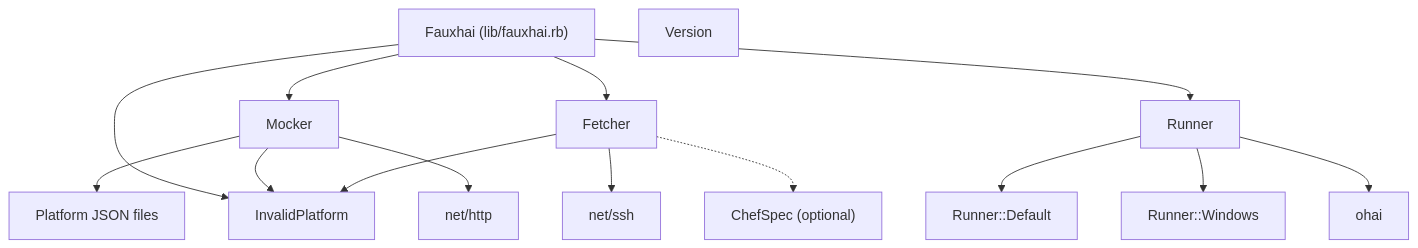
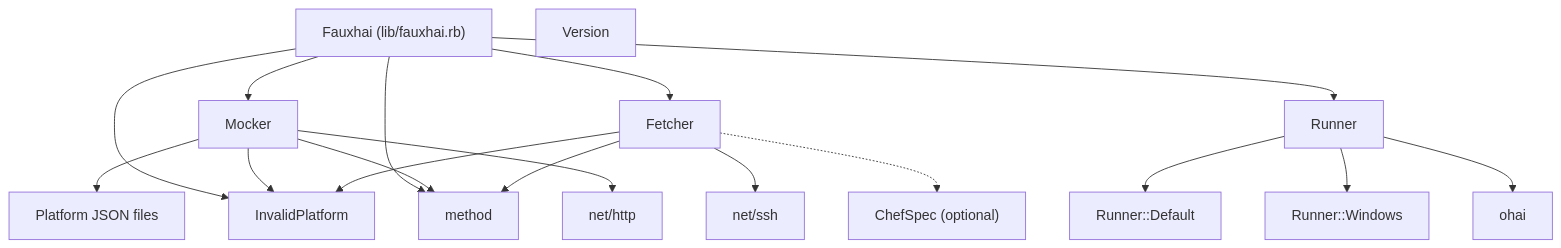
Before and after one commit to chef/fauxhai: the first of 2 diagrams in ARCHITECTURE.md, drawn with Mermaid. The commit also changed other lines of this file and 4 other files, not shown here.

First line of the commit message:
Add subsystem docs with risk notes to Mocker/Fetcher/CacheManager

````diff
--- a/ARCHITECTURE.md
+++ b/ARCHITECTURE.md
@@ -20,35 +20,39 @@
 ```mermaid
 graph TD
   Fauxhai["Fauxhai (lib/fauxhai.rb)"]
+  CacheManager["method"]
   Exception["InvalidPlatform"]
   Fetcher["Fetcher"]
   Mocker["Mocker"]
   Runner["Runner"]
   Version["Version"]
   Default["Runner::Default"]
   Windows["Runner::Windows"]
 
   %% Core autoloads
   Fauxhai --> Mocker
   Fauxhai --> Fetcher
   Fauxhai --> Exception
+  Fauxhai --> CacheManager
   Fauxhai --> Runner
   Runner --> Default
   Runner --> Windows
 
   %% Data dependencies
   Platforms["Platform JSON files"]
   Mocker --> Platforms
   Mocker --> Exception
   Fetcher --> Exception
+  Mocker --> CacheManager
+  Fetcher --> CacheManager
 
   %% External dependencies
   NetSSH["net/ssh"]
   NetHTTP["net/http"]
   Ohai["ohai"]
   ChefSpec["ChefSpec (optional)"]
   Fetcher --> NetSSH
   Mocker --> NetHTTP
   Runner --> Ohai
   Fetcher -.-> ChefSpec
 ```
````
